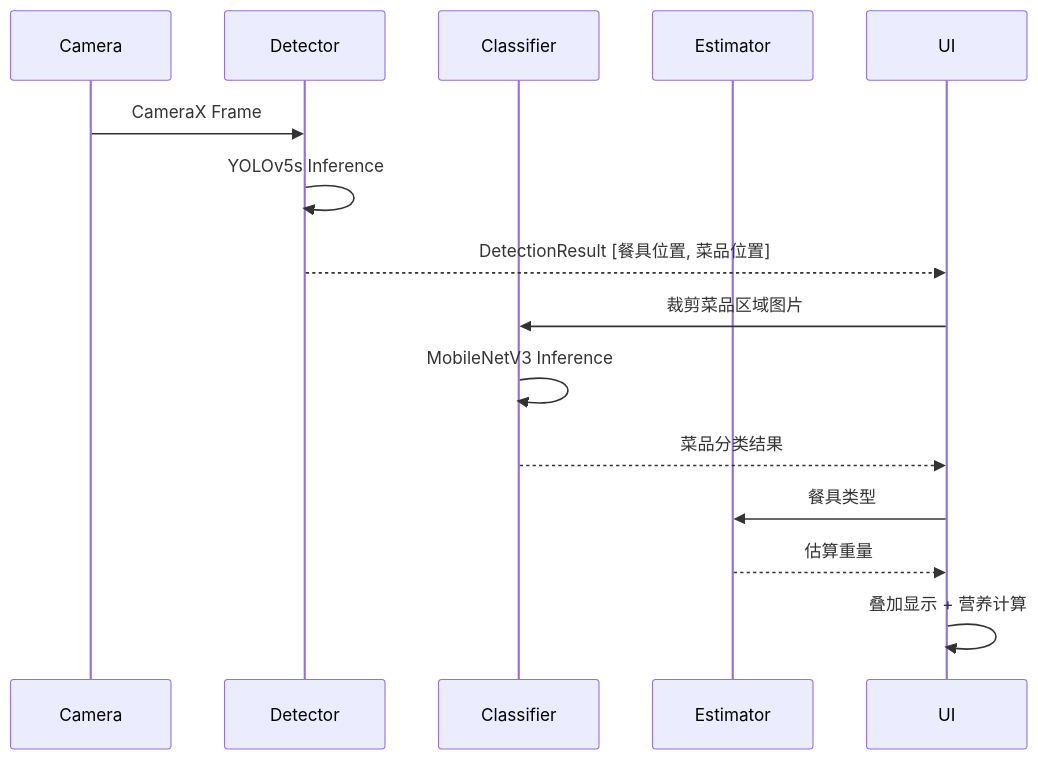
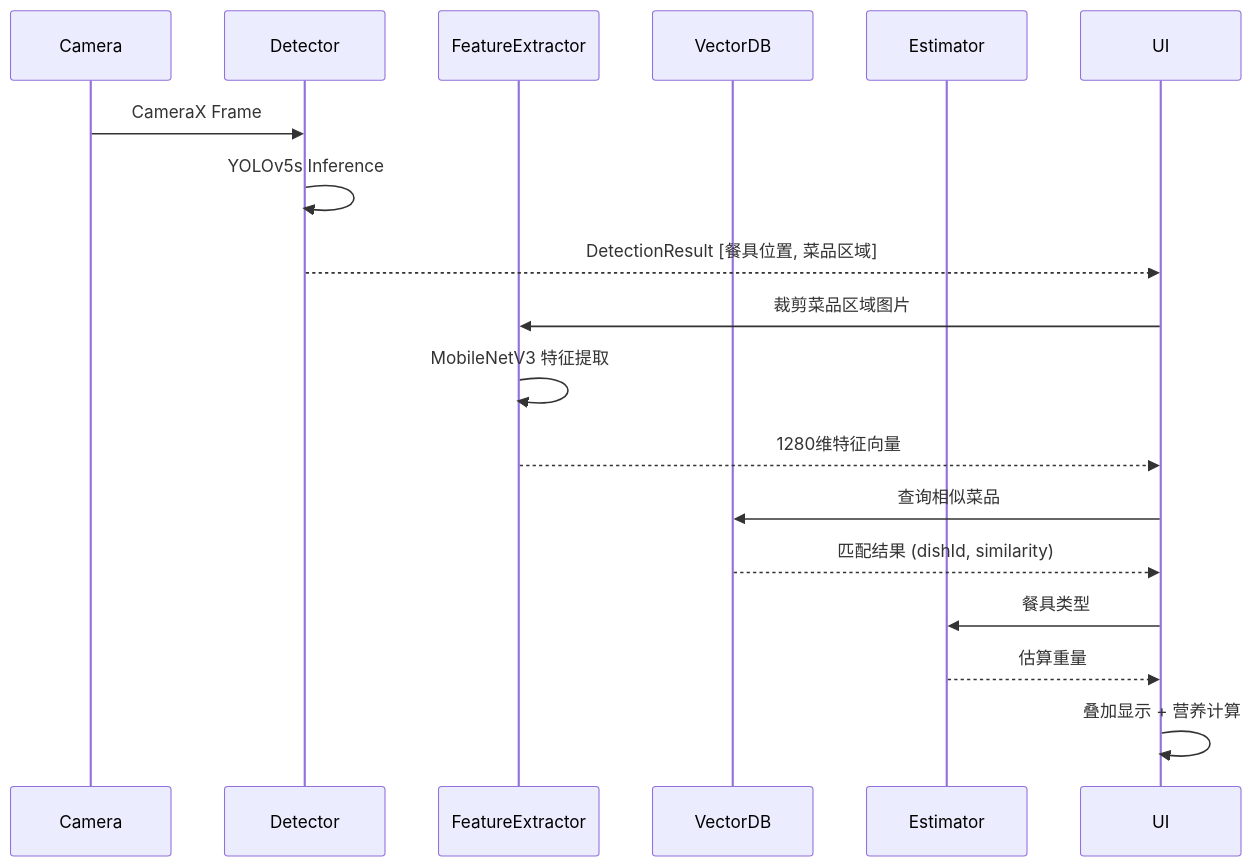
The second of 3 diagrams in .monkeycode/specs/2026-04-09-dish-recognition/design.md (zweiandlen/dishscan), drawn with Mermaid before and after one commit. The commit also changed other lines of this file, not shown here.

Commit message:
feat: update design with feature vector matching for custom dishes Co-authored-by: monkeycode-ai <monkeycode-ai@chaitin.com>

````diff
--- a/.monkeycode/specs/2026-04-09-dish-recognition/design.md
+++ b/.monkeycode/specs/2026-04-09-dish-recognition/design.md
@@ -213,21 +229,25 @@
 ```mermaid
 sequenceDiagram
     participant Camera
     participant Detector
-    participant Classifier
+    participant FeatureExtractor
+    participant VectorDB
     participant Estimator
     participant UI
 
     Camera->>Detector: CameraX Frame
     Detector->>Detector: YOLOv5s Inference
-    Detector-->>UI: DetectionResult [餐具位置, 菜品位置]
-    
-    UI->>Classifier: 裁剪菜品区域图片
-    Classifier->>Classifier: MobileNetV3 Inference
-    Classifier-->>UI: 菜品分类结果
-    
+    Detector-->>UI: DetectionResult [餐具位置, 菜品区域]
+
+    UI->>FeatureExtractor: 裁剪菜品区域图片
+    FeatureExtractor->>FeatureExtractor: MobileNetV3 特征提取
+    FeatureExtractor-->>UI: 1280维特征向量
+
+    UI->>VectorDB: 查询相似菜品
+    VectorDB-->>UI: 匹配结果 (dishId, similarity)
+
     UI->>Estimator: 餐具类型
     Estimator-->>UI: 估算重量
-    
+
     UI->>UI: 叠加显示 + 营养计算
 ```
````
